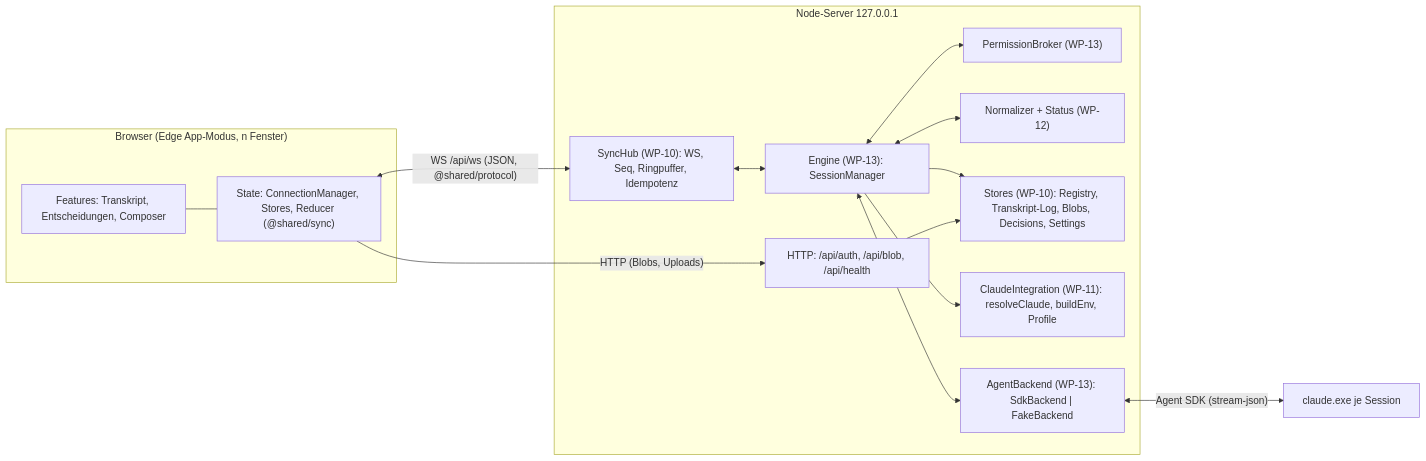
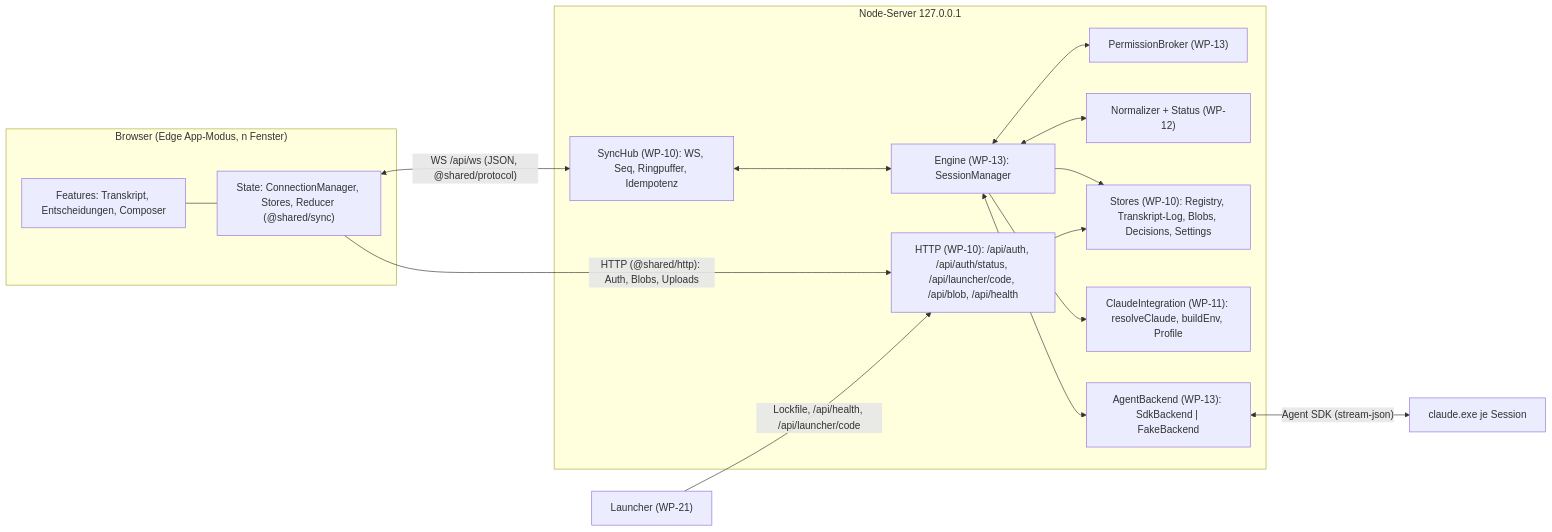
One commit to DerXHelp/parallax changed the first of 10 diagrams in docs/architecture.md. Above: the diagram before and after it, drawn with Mermaid. The commit also changed other lines of this file and 45 other files, not shown here.

First line of the commit message:
R0-Fixes: HTTP/Auth-Contract, Ownership, Statusregeln

````diff
--- a/docs/architecture.md
+++ b/docs/architecture.md
@@ -17,28 +21,29 @@
 ```mermaid
 flowchart LR
   subgraph Browser["Browser (Edge App-Modus, n Fenster)"]
     UI["Features: Transkript, Entscheidungen, Composer"]
     ST["State: ConnectionManager, Stores, Reducer (@shared/sync)"]
     UI --- ST
   end
   subgraph Server["Node-Server 127.0.0.1"]
     HUB["SyncHub (WP-10): WS, Seq, Ringpuffer, Idempotenz"]
-    HTTP["HTTP: /api/auth, /api/blob, /api/health"]
+    HTTP["HTTP (WP-10): /api/auth, /api/auth/status, /api/launcher/code, /api/blob, /api/health"]
     ENG["Engine (WP-13): SessionManager"]
     BRK["PermissionBroker (WP-13)"]
     NRM["Normalizer + Status (WP-12)"]
     STO["Stores (WP-10): Registry, Transkript-Log, Blobs, Decisions, Settings"]
     CI["ClaudeIntegration (WP-11): resolveClaude, buildEnv, Profile"]
     BE["AgentBackend (WP-13): SdkBackend | FakeBackend"]
     HUB <--> ENG
     ENG <--> NRM
     ENG <--> BRK
     ENG --> STO
     ENG --> CI
     ENG <--> BE
     HTTP --> STO
   end
   ST <-->|"WS /api/ws (JSON, @shared/protocol)"| HUB
-  ST -->|"HTTP (Blobs, Uploads)"| HTTP
+  ST -->|"HTTP (@shared/http): Auth, Blobs, Uploads"| HTTP
+  LA["Launcher (WP-21)"] -->|"Lockfile, /api/health, /api/launcher/code"| HTTP
   BE <-->|"Agent SDK (stream-json)"| CLI["claude.exe je Session"]
 ```
````
